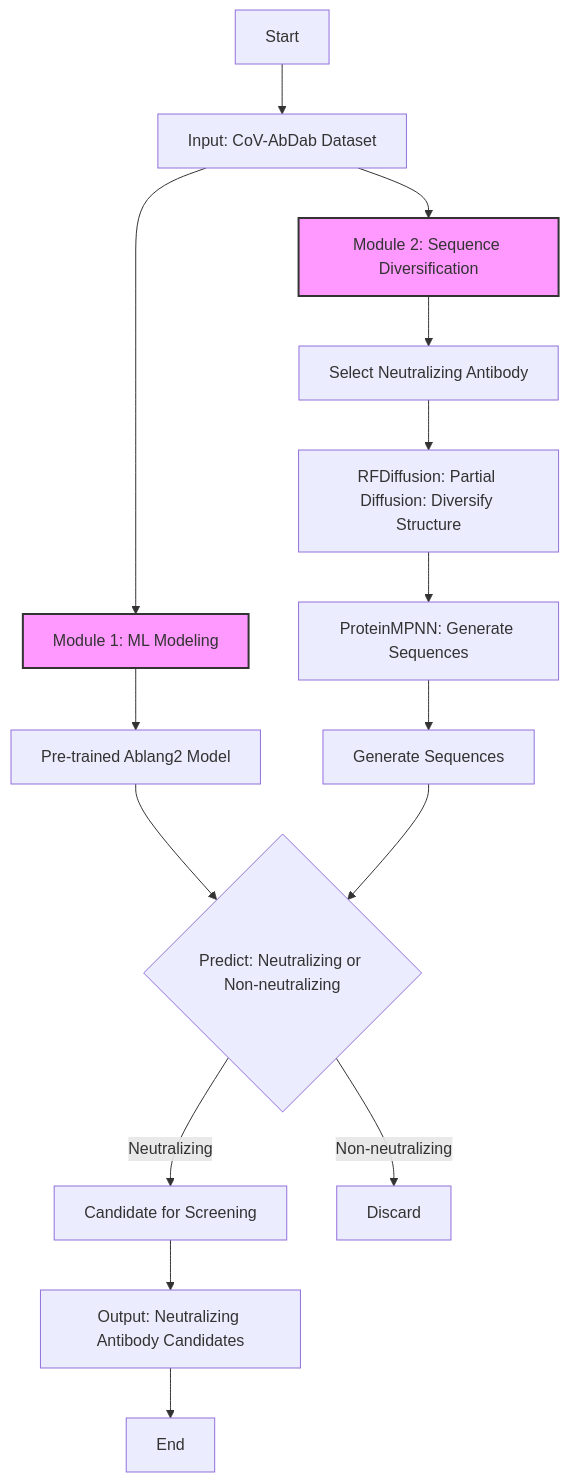
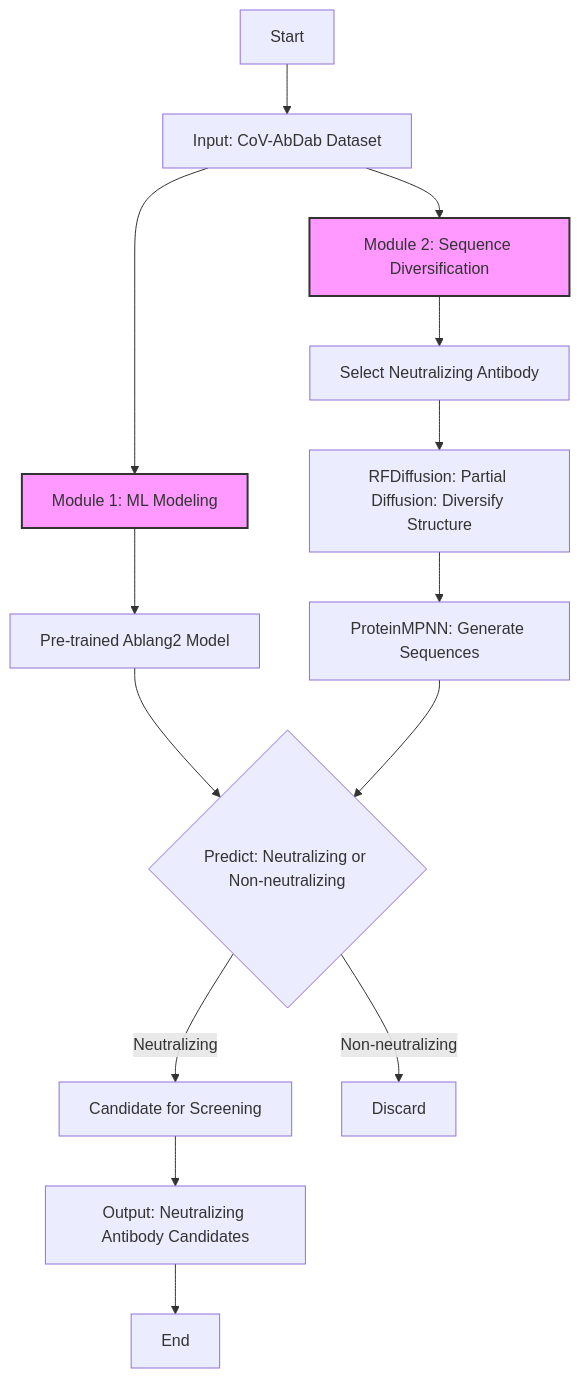
One commit to AntibodyEngineers/2024-Antibodies-and-AI changed the first of 2 diagrams in README.md. Above: the diagram before and after it, drawn with Mermaid.

````diff
--- a/README.md
+++ b/README.md
@@ -31,23 +31,22 @@
 ```mermaid
 graph TD
     A[Start] --> B[Input: CoV-AbDab Dataset]
     B --> C[Module 1: ML Modeling]
     B --> F[Module 2: Sequence Diversification]
     
     C --> D[Pre-trained Ablang2 Model]
     D --> E{Predict: Neutralizing or Non-neutralizing}
     
     F --> G[Select Neutralizing Antibody]
     G --> H[RFDiffusion: Partial Diffusion: Diversify Structure]
     H --> I[ProteinMPNN: Generate Sequences]
-    I --> J[Generate Sequences]
     
-    J --> E
+    I --> E
     E -->|Neutralizing| M[Candidate for Screening]
     E -->|Non-neutralizing| N[Discard]
     M --> O[Output: Neutralizing Antibody Candidates]
     O --> P[End]
 
     classDef module fill:#f9f,stroke:#333,stroke-width:2px;
     class C,F module;
 ```
````
